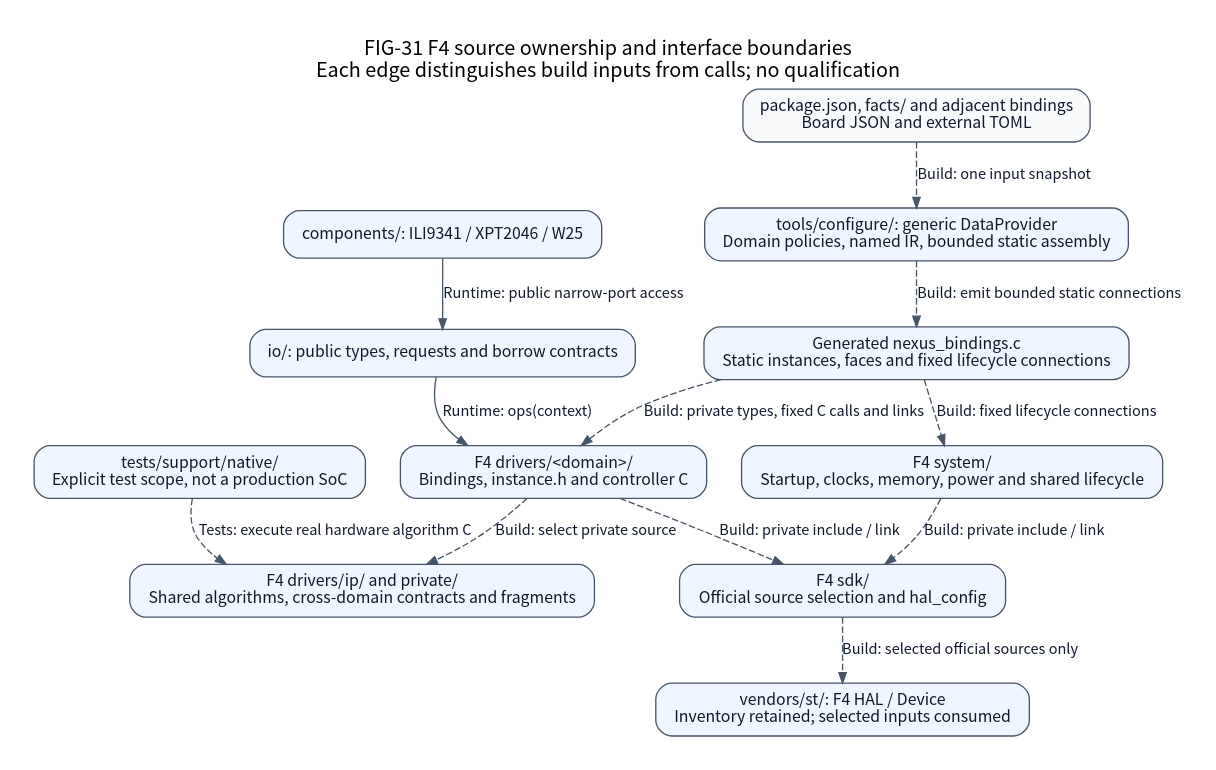
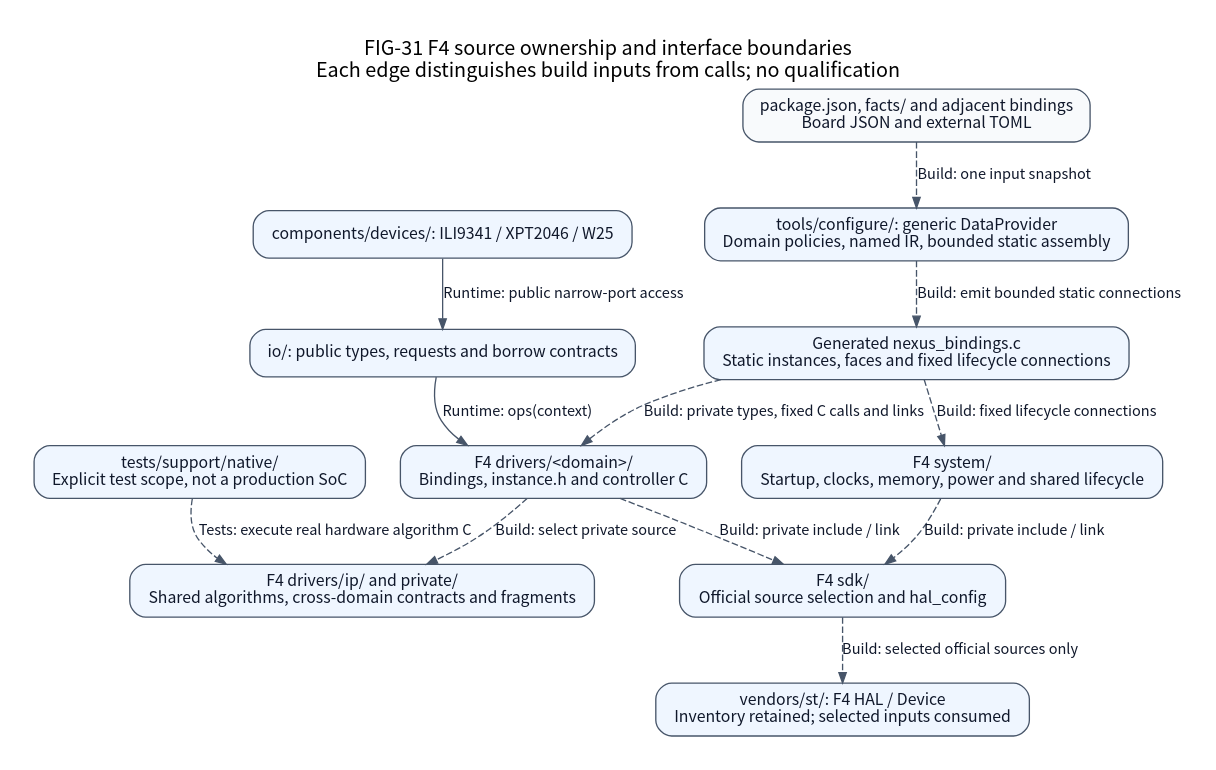
Before and after one commit to X-Gen-Lab/nexus: the diagram in docs/assets/diagrams/localized/en/driver-source-ownership.dot, drawn with Graphviz. The commit also changed 327 other files, not shown here.

```diff
--- a/docs/assets/diagrams/localized/en/driver-source-ownership.dot
+++ b/docs/assets/diagrams/localized/en/driver-source-ownership.dot
@@ -1,29 +1,29 @@
 // Current scoped view. Build-time arrows and runtime calls are labeled explicitly.
 // Code basis: soc/stm32/stm32f4/CMakeLists.txt; tools/configure/data_provider.py; bindings.py; tests/support/native/CMakeLists.txt; io/include/nexus/io
 digraph F4SourceOwnership {
     graph [label="FIG-31 F4 source ownership and interface boundaries\nEach edge distinguishes build inputs from calls; no qualification", rankdir=TB, bgcolor="white", pad=0.25, nodesep=0.35, ranksep=0.52, fontname="Noto Sans CJK SC", fontsize=15, labelloc=t];
     node [shape=box, style="rounded,filled", fillcolor="#eff6ff", color="#475569", fontcolor="#0f172a", fontname="Noto Sans CJK SC", fontsize=12, margin="0.16,0.10"];
     edge [color="#475569", fontcolor="#0f172a", fontname="Noto Sans CJK SC", fontsize=11, arrowsize=0.8];
     io [label="io/: public types, requests and borrow contracts"];
     f4 [label="F4 drivers/<domain>/\nBindings, instance.h and controller C"];
     system [label="F4 system/\nStartup, clocks, memory, power and shared lifecycle"];
     ip [label="F4 drivers/ip/ and private/\nShared algorithms, cross-domain contracts and fragments"];
     sdk [label="F4 sdk/\nOfficial source selection and hal_config"];
     vendor [label="vendors/st/: F4 HAL / Device\nInventory retained; selected inputs consumed"];
     host [label="tests/support/native/\nExplicit test scope, not a production SoC"];
-    components [label="components/: ILI9341 / XPT2046 / W25"];
+    components [label="components/devices/: ILI9341 / XPT2046 / W25"];
     facts [label="package.json, facts/ and adjacent bindings\nBoard JSON and external TOML", fillcolor="#f8fafc"];
     config [label="tools/configure/: generic DataProvider\nDomain policies, named IR, bounded static assembly"];
     assembly [label="Generated nexus_bindings.c\nStatic instances, faces and fixed lifecycle connections"];
     components -> io [label="Runtime: public narrow-port access"];
     io -> f4 [label="Runtime: ops(context)"];
     f4 -> ip [label="Build: select private source", style=dashed];
     f4 -> sdk [label="Build: private include / link", style=dashed];
     system -> sdk [label="Build: private include / link", style=dashed];
     sdk -> vendor [label="Build: selected official sources only", style=dashed];
     host -> ip [label="Tests: execute real hardware algorithm C", style=dashed];
     facts -> config [label="Build: one input snapshot", style=dashed];
     config -> assembly [label="Build: emit bounded static connections", style=dashed];
     assembly -> f4 [label="Build: private types, fixed C calls and links", style=dashed];
     assembly -> system [label="Build: fixed lifecycle connections", style=dashed];
 }
```
